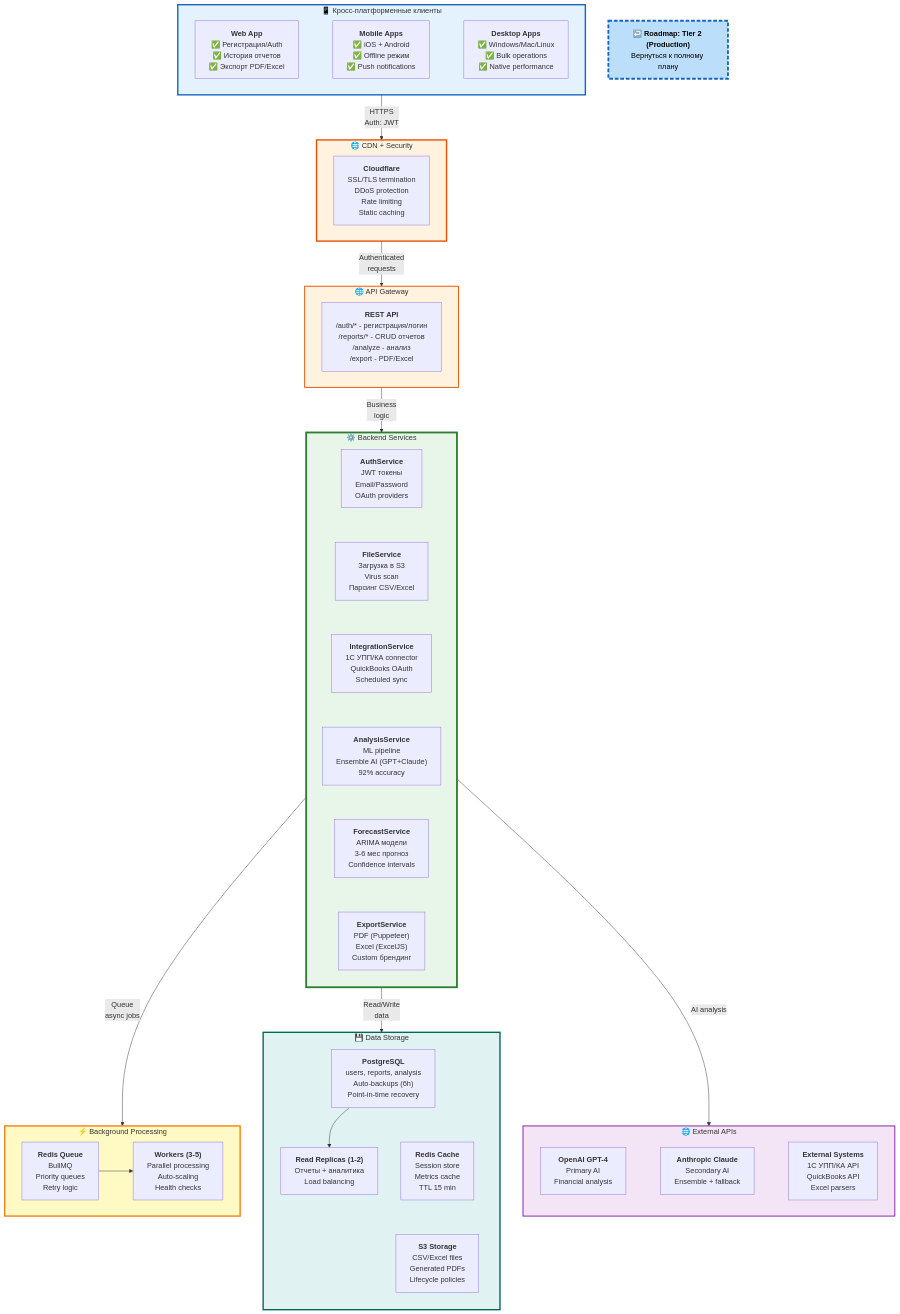
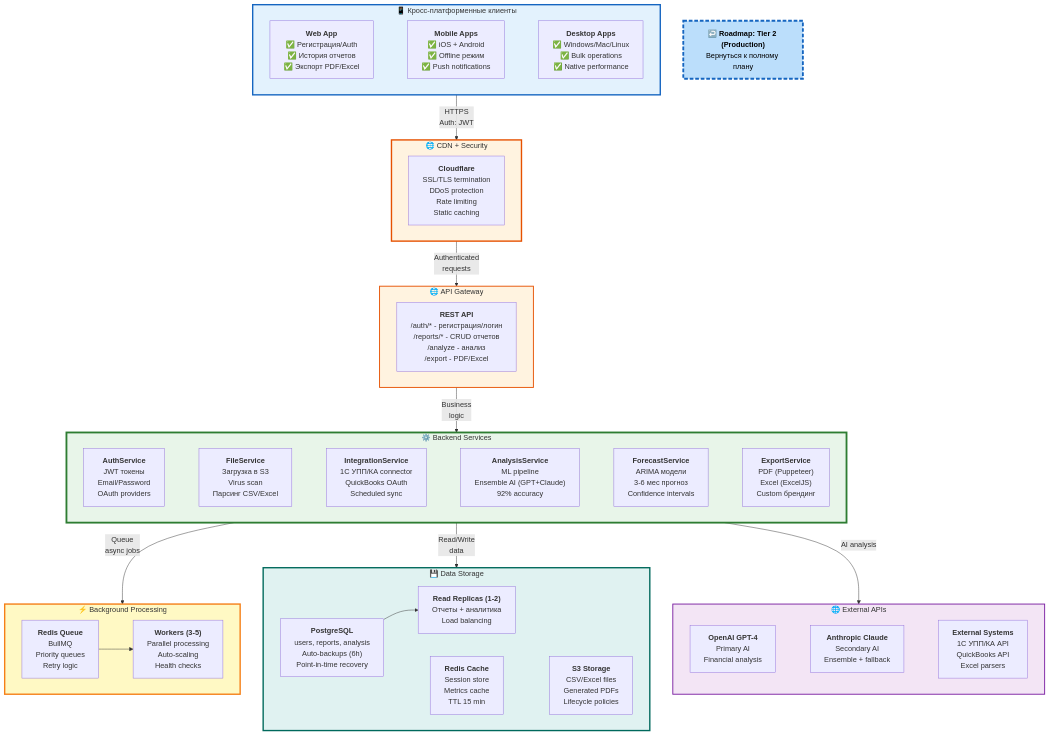
One commit to Ne4to777/financial-ai-analytics changed the diagram in mindmap/diagrams/02b-architecture-tier2.md. Above: the diagram before and after it, drawn with Mermaid. The commit also changed 1 other file, not shown here.

Commit message:
fix: change direction to LR for horizontal subgraphs in 02b and 02c
Changed `direction TB` to `direction LR` for subgraphs where elements
are arranged in horizontal lines (connected with ~~~):

02b-architecture-tier2.md:
- services: TB → LR (elements in 2 horizontal rows)
- storage: TB → LR (db --> replicas vertically, but overall horizontal layout)

02c-architecture-tier3.md:
- services: TB → LR (9 services in 4 horizontal rows)
- storage: TB → LR (db --> replicas vertically, but overall horizontal layout)

This ensures that subgraphs with horizontal element arrangement
use the correct direction setting, making diagrams render properly.

02a already has correct LR directions for all subgraphs.

```diff
--- a/mindmap/diagrams/02b-architecture-tier2.md
+++ b/mindmap/diagrams/02b-architecture-tier2.md
@@ -34,7 +34,7 @@
     api -->|"Business<br/>logic"| services
     
     subgraph services ["⚙️ Backend Services"]
-        direction TB
+        direction LR
         
         auth["<b>AuthService</b><br/>JWT токены<br/>Email/Password<br/>OAuth providers"]
         file["<b>FileService</b><br/>Загрузка в S3<br/>Virus scan<br/>Парсинг CSV/Excel"]
@@ -60,7 +60,7 @@
     end
     
     subgraph storage ["💾 Data Storage"]
-        direction TB
+        direction LR
         db["<b>PostgreSQL</b><br/>users, reports, analysis<br/>Auto-backups (6h)<br/>Point-in-time recovery"]
         replicas["<b>Read Replicas (1-2)</b><br/>Отчеты + аналитика<br/>Load balancing"]
         cache["<b>Redis Cache</b><br/>Session store<br/>Metrics cache<br/>TTL 15 min"]
```
